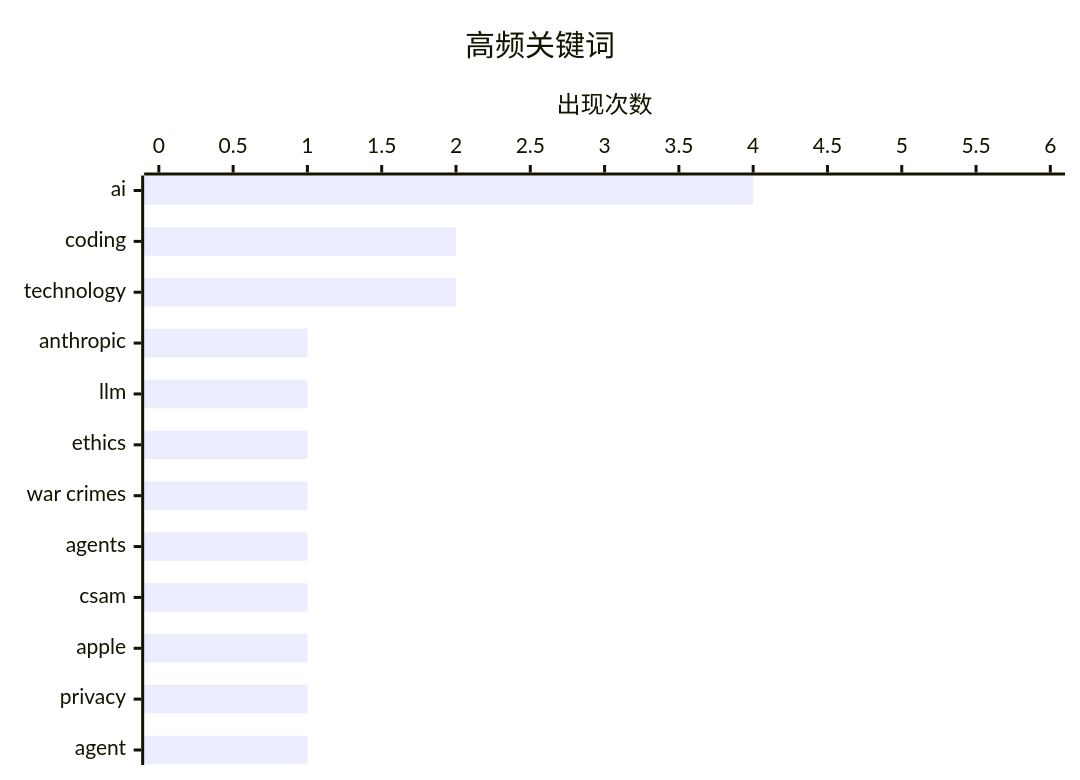
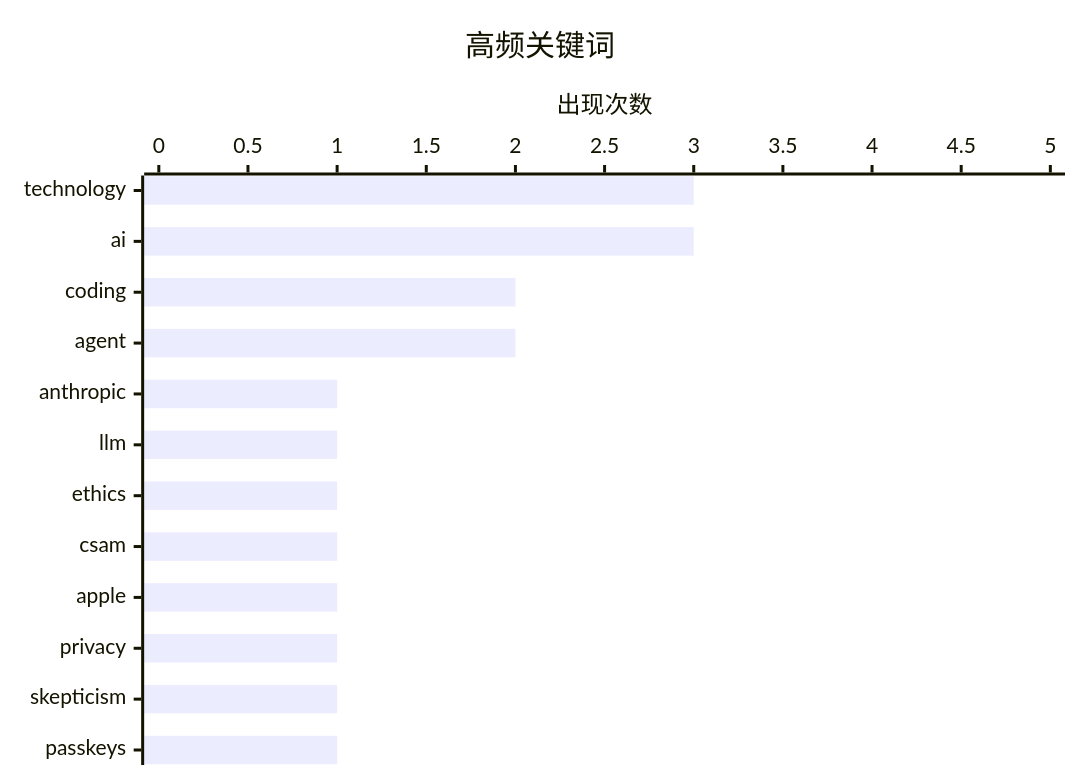
The second of 2 diagrams in digest-20260228.md (gitmeus/daily-reports), drawn with Mermaid before and after one commit. The commit also changed other lines of this file, not shown here.

````diff
--- a/digest-20260228.md
+++ b/digest-20260228.md
@@ -65,7 +66,7 @@
 ```mermaid
 xychart-beta horizontal
     title "高频关键词"
-    x-axis ["ai", "coding", "technology", "anthropic", "llm", "ethics", "war crimes", "agents", "csam", "apple", "privacy", "agent"]
-    y-axis "出现次数" 0 --> 6
-    bar [4, 2, 2, 1, 1, 1, 1, 1, 1, 1, 1, 1]
+    x-axis ["technology", "ai", "coding", "agent", "anthropic", "llm", "ethics", "csam", "apple", "privacy", "skepticism", "passkeys"]
+    y-axis "出现次数" 0 --> 5
+    bar [3, 3, 2, 2, 1, 1, 1, 1, 1, 1, 1, 1]
 ```
````
